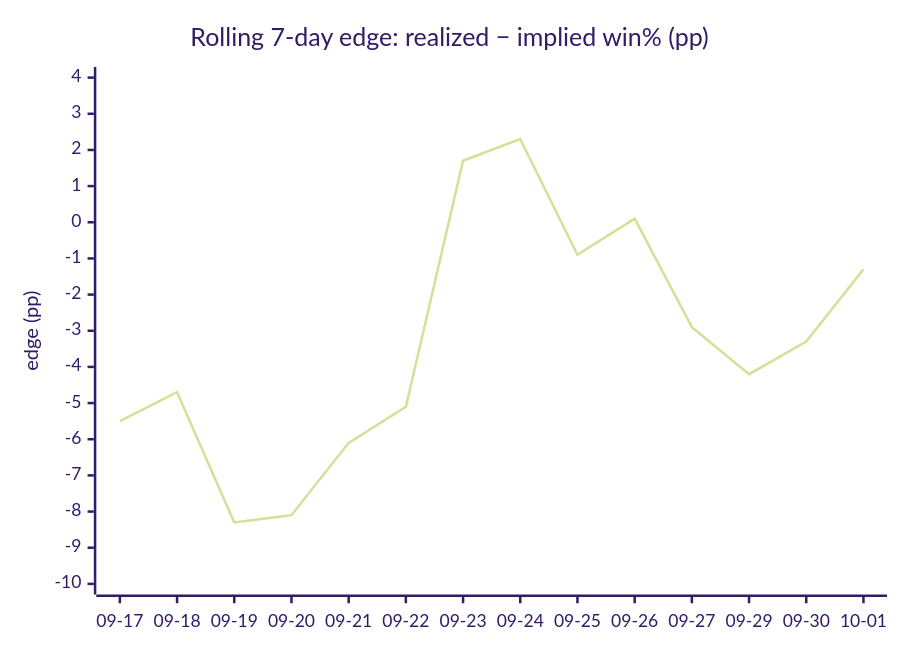
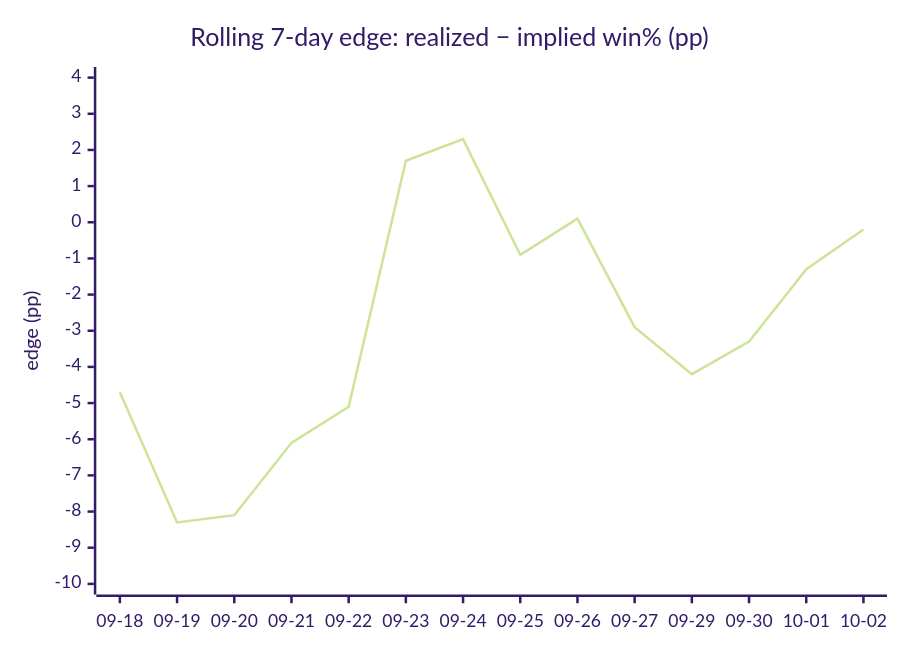
The fourth of 4 diagrams in DAILY_AGSU_REPORT.md (dpk1212/nhl-savant), drawn with Mermaid (forest theme) before and after one commit. The commit also changed other lines of this file, not shown here.

````diff
--- a/DAILY_AGSU_REPORT.md
+++ b/DAILY_AGSU_REPORT.md
@@ -869,7 +869,7 @@
 ```mermaid
 xychart-beta
     title "Rolling 7-day edge: realized − implied win% (pp)"
-    x-axis ["09-17", "09-18", "09-19", "09-20", "09-21", "09-22", "09-23", "09-24", "09-25", "09-26", "09-27", "09-29", "09-30", "10-01"]
+    x-axis ["09-18", "09-19", "09-20", "09-21", "09-22", "09-23", "09-24", "09-25", "09-26", "09-27", "09-29", "09-30", "10-01", "10-02"]
     y-axis "edge (pp)" -10 --> 4
-    line [-5.5, -4.7, -8.3, -8.1, -6.1, -5.1, 1.7, 2.3, -0.9, 0.1, -2.9, -4.2, -3.3, -1.3]
+    line [-4.7, -8.3, -8.1, -6.1, -5.1, 1.7, 2.3, -0.9, 0.1, -2.9, -4.2, -3.3, -1.3, -0.2]
 ```
````
